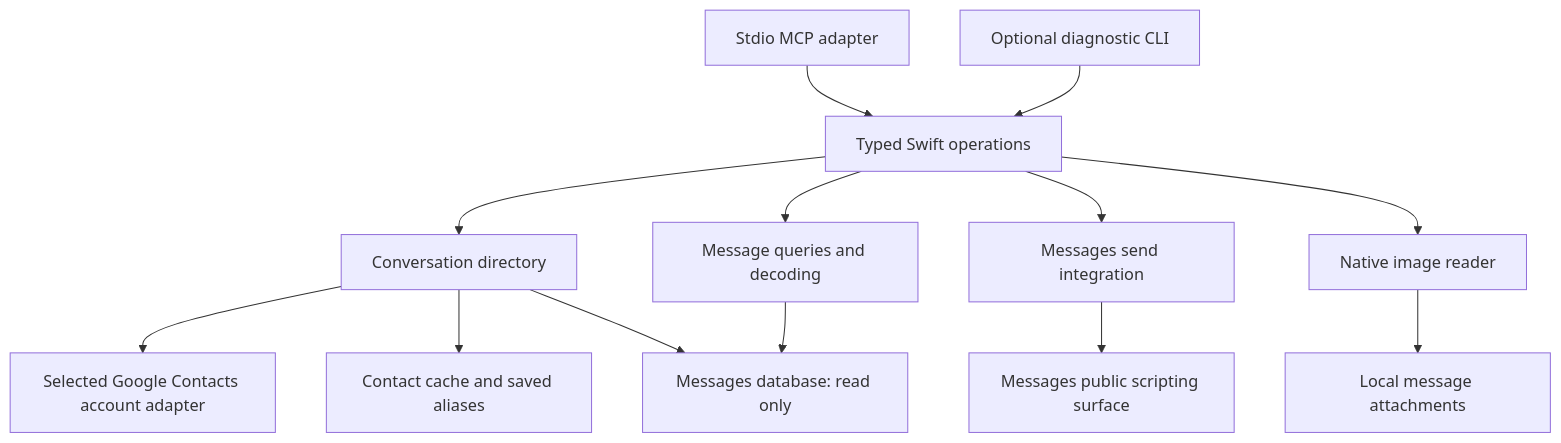
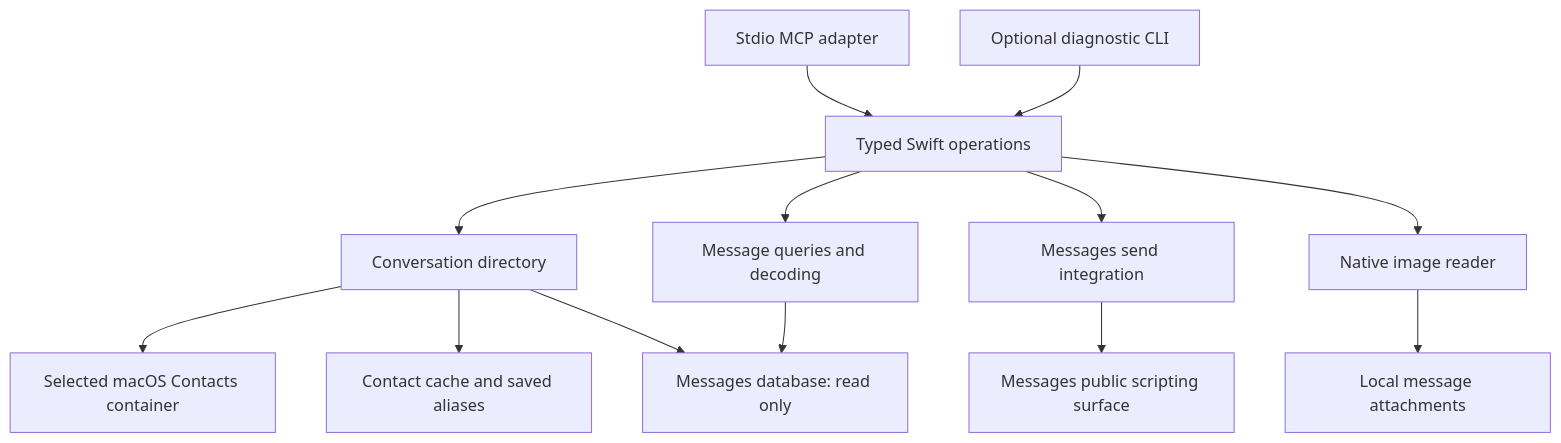
One commit to ericfeunekes/messages-swift changed the diagram in docs/architecture.md. Above: the diagram before and after it, drawn with Mermaid. The commit also changed other lines of this file and 3 other files, not shown here.

````diff
--- a/docs/architecture.md
+++ b/docs/architecture.md
@@ -7,15 +7,15 @@
 ```mermaid
 flowchart TD
     MCP[Stdio MCP adapter] --> Operations[Typed Swift operations]
     CLI[Optional diagnostic CLI] --> Operations
     Operations --> Directory[Conversation directory]
     Operations --> History[Message queries and decoding]
     Operations --> Send[Messages send integration]
     Operations --> Images[Native image reader]
-    Directory --> Contacts[Selected Google Contacts account adapter]
+    Directory --> Contacts[Selected macOS Contacts container]
     Directory --> State[Contact cache and saved aliases]
     Directory --> DB[Messages database: read only]
     History --> DB
     Images --> Files[Local message attachments]
     Send --> Scripting[Messages public scripting surface]
 ```
````
